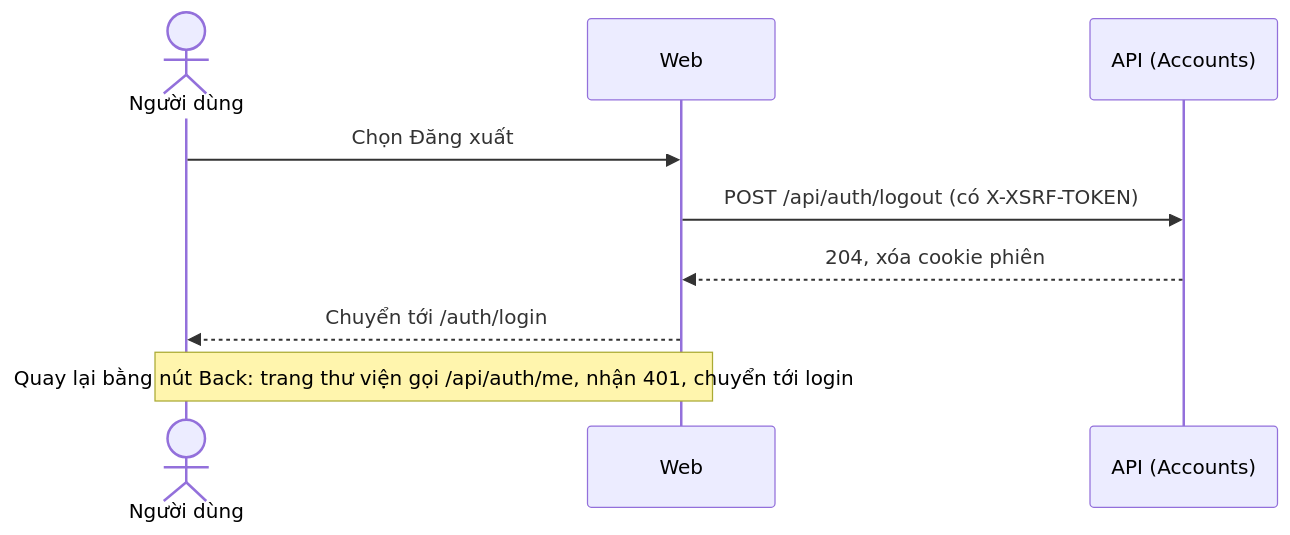
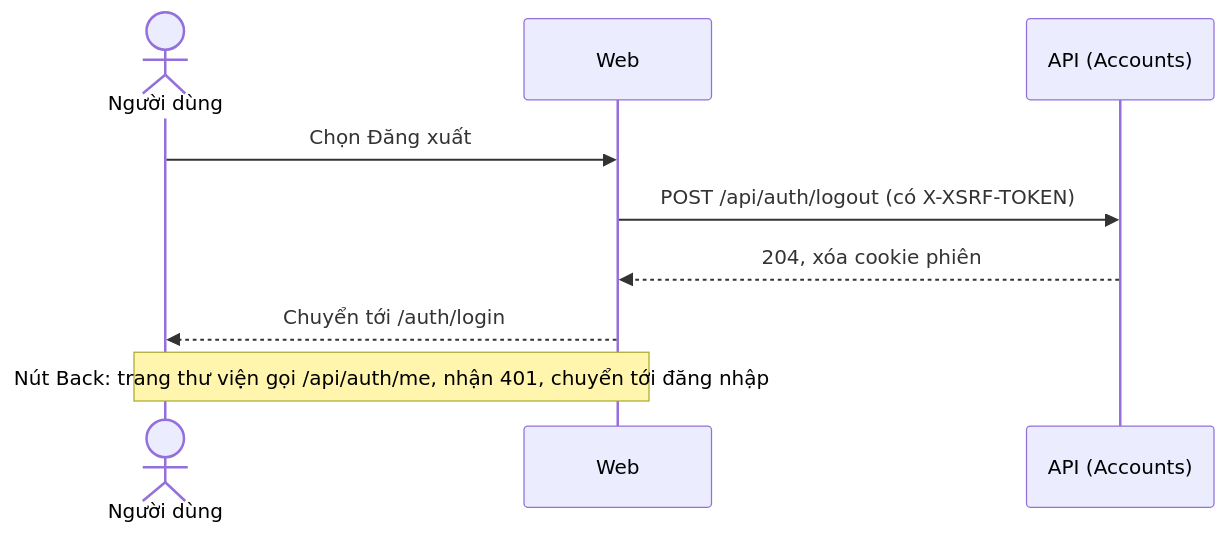
One commit to pamela172103/Lingozi changed the seventh of 9 diagrams in docs/features/accounts/design/flows.md. Above: the diagram before and after it, drawn with Mermaid. The commit also changed other lines of this file and 15 other files, not shown here.

````diff
--- a/docs/features/accounts/design/flows.md
+++ b/docs/features/accounts/design/flows.md
@@ -134,11 +121,11 @@
 ```mermaid
 sequenceDiagram
     actor U as Người dùng
     participant W as Web
     participant A as API (Accounts)
     U->>W: Chọn Đăng xuất
     W->>A: POST /api/auth/logout (có X-XSRF-TOKEN)
     A-->>W: 204, xóa cookie phiên
     W-->>U: Chuyển tới /auth/login
-    Note over U,W: Quay lại bằng nút Back: trang thư viện gọi /api/auth/me, nhận 401, chuyển tới login
+    Note over U,W: Nút Back: trang thư viện gọi /api/auth/me, nhận 401, chuyển tới đăng nhập
 ```
````
